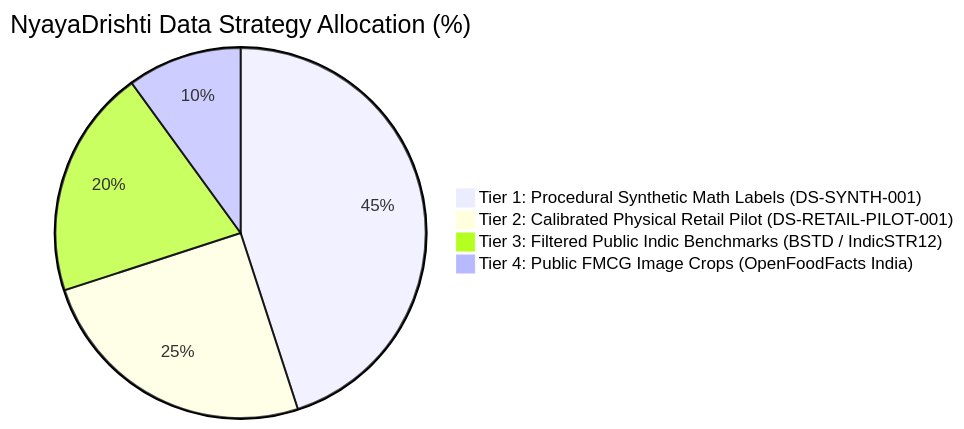
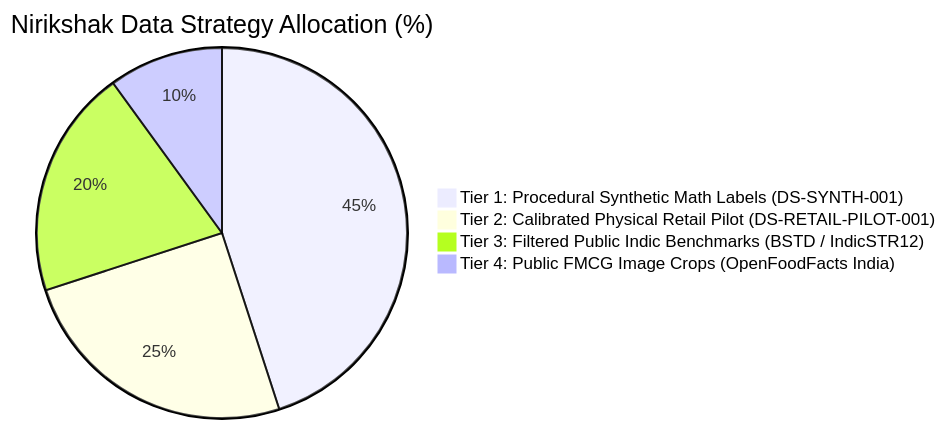
Before and after one commit to anonymousgrouphp-collab/sih26034: the ninth of 27 diagrams in docs/research/PHASE_3_Solution_Blueprint.md, drawn with Mermaid. The commit also changed other lines of this file and 90 other files, not shown here.

````diff
--- a/docs/research/PHASE_3_Solution_Blueprint.md
+++ b/docs/research/PHASE_3_Solution_Blueprint.md
@@ -994,7 +994,7 @@
 ```mermaid
-pie title NyayaDrishti Data Strategy Allocation (%)
+pie title Nirikshak Data Strategy Allocation (%)
     "Tier 1: Procedural Synthetic Math Labels (DS-SYNTH-001)" : 45
     "Tier 2: Calibrated Physical Retail Pilot (DS-RETAIL-PILOT-001)" : 25
     "Tier 3: Filtered Public Indic Benchmarks (BSTD / IndicSTR12)" : 20
     "Tier 4: Public FMCG Image Crops (OpenFoodFacts India)" : 10
 ```
````
